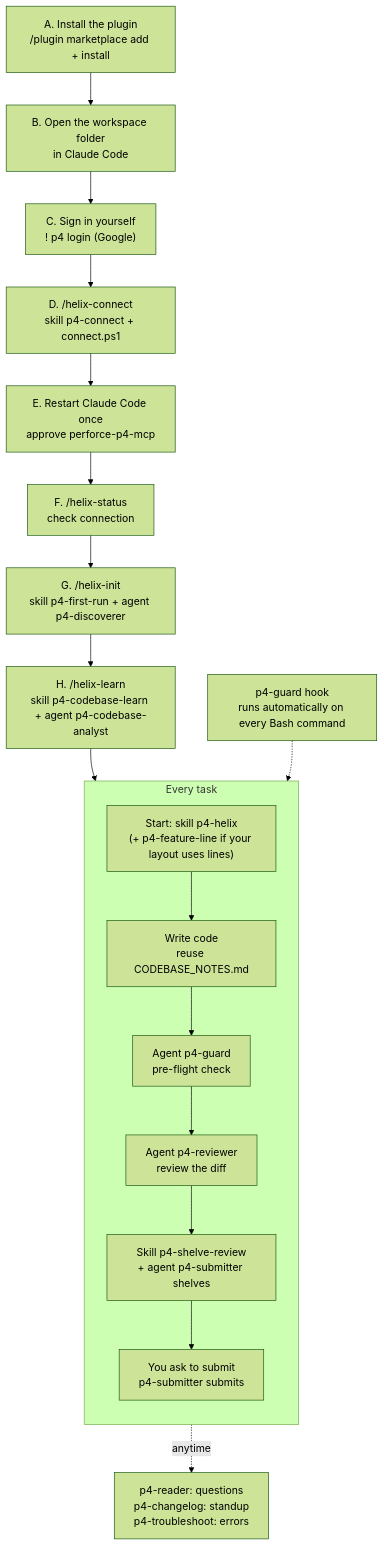
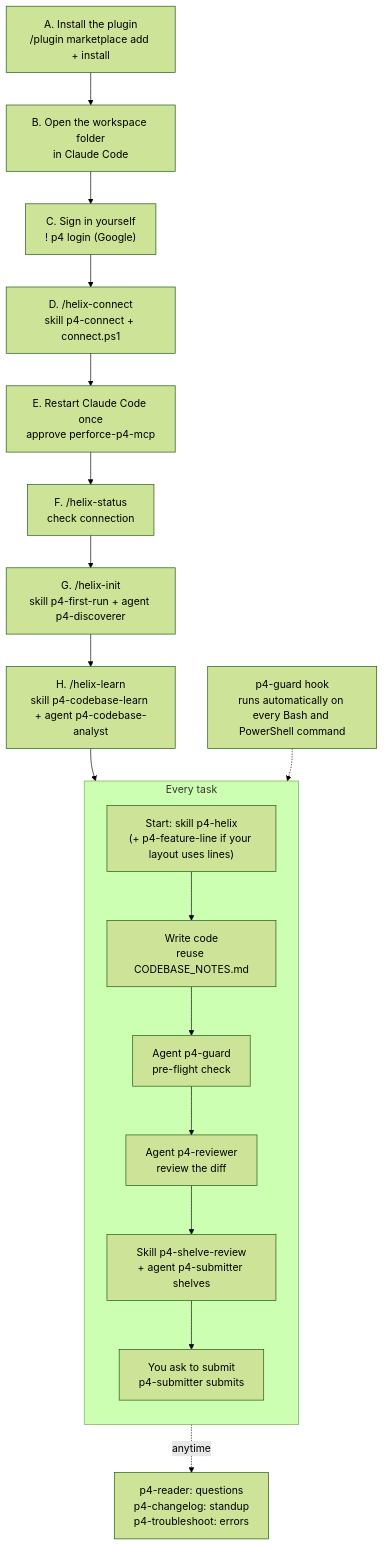
One commit to arizlan17/claude-helix-connector changed the diagram in docs/existing-workspace/02-skills-and-agents-guide.md. Above: the diagram before and after it, drawn with Mermaid (forest theme). The commit also changed other lines of this file and 10 other files, not shown here.

First line of the commit message:
Fix MCP detection, access-level check and guard hook (v0.1.1)

````diff
--- a/docs/existing-workspace/02-skills-and-agents-guide.md
+++ b/docs/existing-workspace/02-skills-and-agents-guide.md
@@ -7,23 +7,23 @@
 ```mermaid
 flowchart TB
     P0["A. Install the plugin<br/>/plugin marketplace add + install"] --> P1["B. Open the workspace folder<br/>in Claude Code"]
     P1 --> P2["C. Sign in yourself<br/>! p4 login (Google)"]
     P2 --> S0["D. /helix-connect<br/>skill p4-connect + connect.ps1"]
     S0 --> S1["E. Restart Claude Code once<br/>approve perforce-p4-mcp"]
     S1 --> S2["F. /helix-status<br/>check connection"]
     S2 --> S3["G. /helix-init<br/>skill p4-first-run + agent p4-discoverer"]
     S3 --> S4["H. /helix-learn<br/>skill p4-codebase-learn + agent p4-codebase-analyst"]
     S4 --> LOOP
 
     subgraph LOOP["Every task"]
         direction TB
         T1["Start: skill p4-helix<br/>(+ p4-feature-line if your layout uses lines)"] --> T2["Write code<br/>reuse CODEBASE_NOTES.md"]
         T2 --> T3["Agent p4-guard<br/>pre-flight check"]
         T3 --> T4["Agent p4-reviewer<br/>review the diff"]
         T4 --> T5["Skill p4-shelve-review<br/>+ agent p4-submitter shelves"]
         T5 --> T6["You ask to submit<br/>p4-submitter submits"]
     end
 
     LOOP -. "anytime" .-> X1["p4-reader: questions<br/>p4-changelog: standup<br/>p4-troubleshoot: errors"]
-    HOOK["p4-guard hook<br/>runs automatically on every Bash command"] -.-> LOOP
+    HOOK["p4-guard hook<br/>runs automatically on every Bash and PowerShell command"] -.-> LOOP
 ```
````
